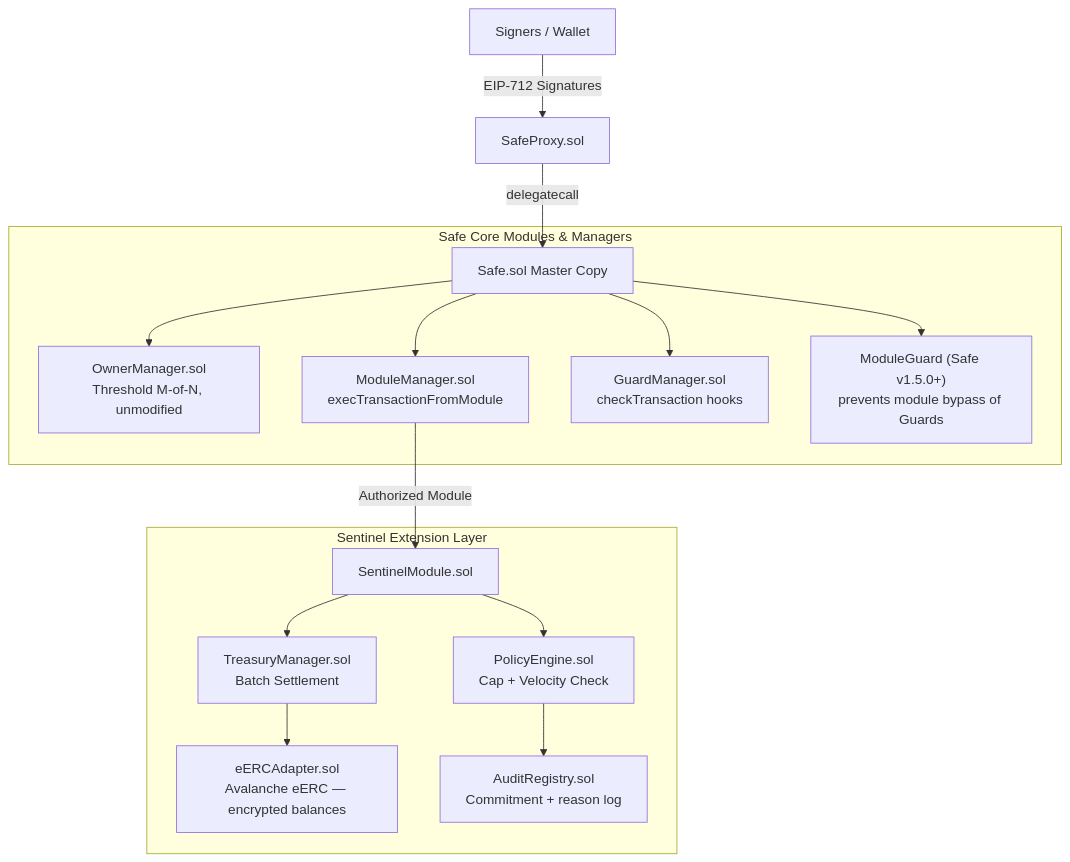
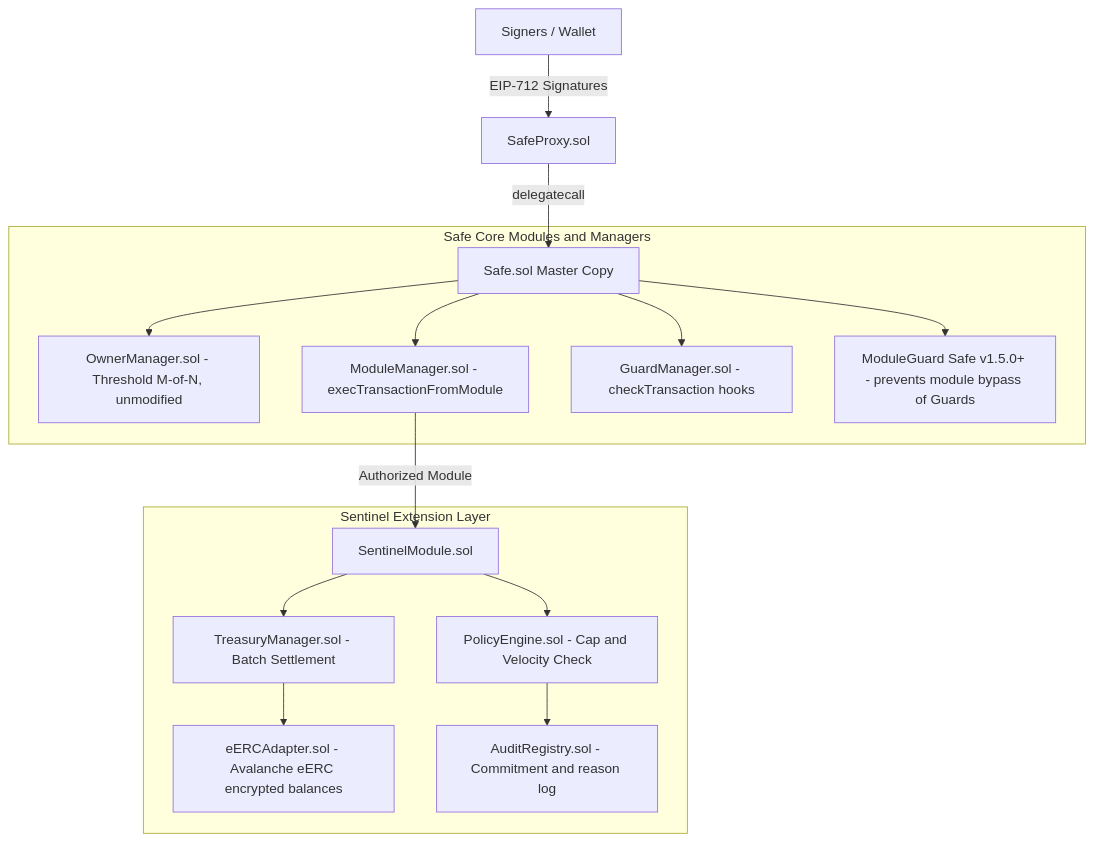
Before and after one commit to Soujanya-Mctrl/Sentinel: the first of 6 diagrams in README.md, drawn with Mermaid. The commit also changed other lines of this file, not shown here.

Commit message:
docs: update README mermaid diagrams to use flowchart syntax and refine textual descriptions

````diff
--- a/README.md
+++ b/README.md
@@ -16,20 +16,20 @@
 ```mermaid
-graph TD
+flowchart TD
     User["Signers / Wallet"] -->|EIP-712 Signatures| SafeProxy["SafeProxy.sol"]
     SafeProxy -->|delegatecall| SafeMasterCopy["Safe.sol Master Copy"]
 
-    subgraph Safe Core Modules & Managers
-        SafeMasterCopy --> OwnerManager["OwnerManager.sol<br/>Threshold M-of-N, unmodified"]
-        SafeMasterCopy --> ModuleManager["ModuleManager.sol<br/>execTransactionFromModule"]
-        SafeMasterCopy --> GuardManager["GuardManager.sol<br/>checkTransaction hooks"]
-        SafeMasterCopy --> ModuleGuard["ModuleGuard (Safe v1.5.0+)<br/>prevents module bypass of Guards"]
+    subgraph SafeCore["Safe Core Modules and Managers"]
+        SafeMasterCopy --> OwnerManager["OwnerManager.sol - Threshold M-of-N, unmodified"]
+        SafeMasterCopy --> ModuleManager["ModuleManager.sol - execTransactionFromModule"]
+        SafeMasterCopy --> GuardManager["GuardManager.sol - checkTransaction hooks"]
+        SafeMasterCopy --> ModuleGuard["ModuleGuard Safe v1.5.0+ - prevents module bypass of Guards"]
     end
 
-    subgraph Sentinel Extension Layer
+    subgraph SentinelLayer["Sentinel Extension Layer"]
         ModuleManager -->|Authorized Module| SentinelModule["SentinelModule.sol"]
-        SentinelModule --> PolicyEngine["PolicyEngine.sol<br/>Cap + Velocity Check"]
-        SentinelModule --> TreasuryManager["TreasuryManager.sol<br/>Batch Settlement"]
-        TreasuryManager --> eERCAdapter["eERCAdapter.sol<br/>Avalanche eERC — encrypted balances"]
-        PolicyEngine --> AuditRegistry["AuditRegistry.sol<br/>Commitment + reason log"]
+        SentinelModule --> PolicyEngine["PolicyEngine.sol - Cap and Velocity Check"]
+        SentinelModule --> TreasuryManager["TreasuryManager.sol - Batch Settlement"]
+        TreasuryManager --> eERCAdapter["eERCAdapter.sol - Avalanche eERC encrypted balances"]
+        PolicyEngine --> AuditRegistry["AuditRegistry.sol - Commitment and reason log"]
     end
 ```
````
